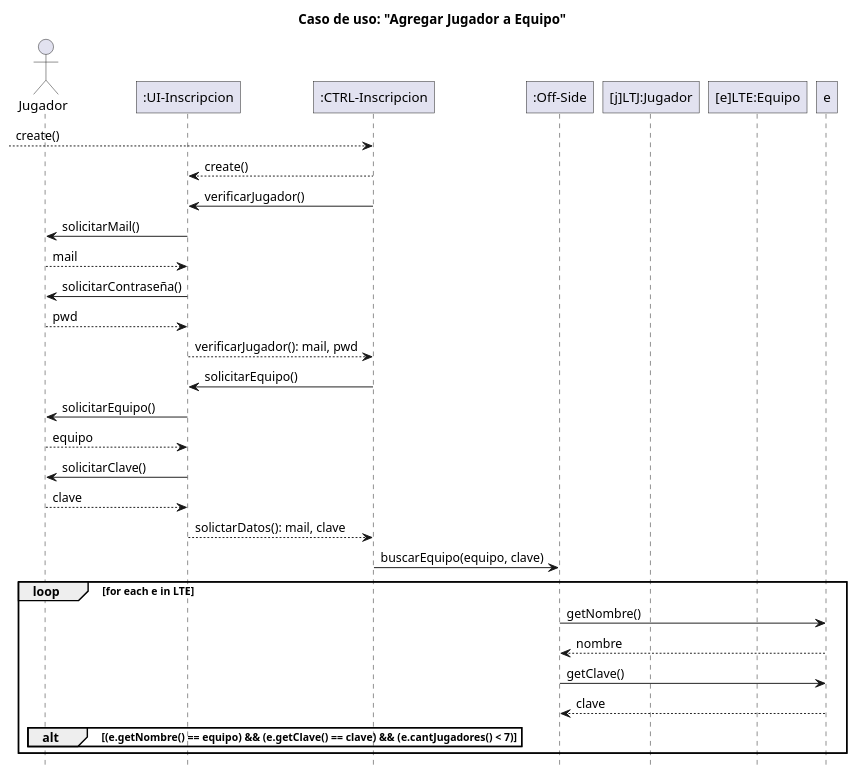
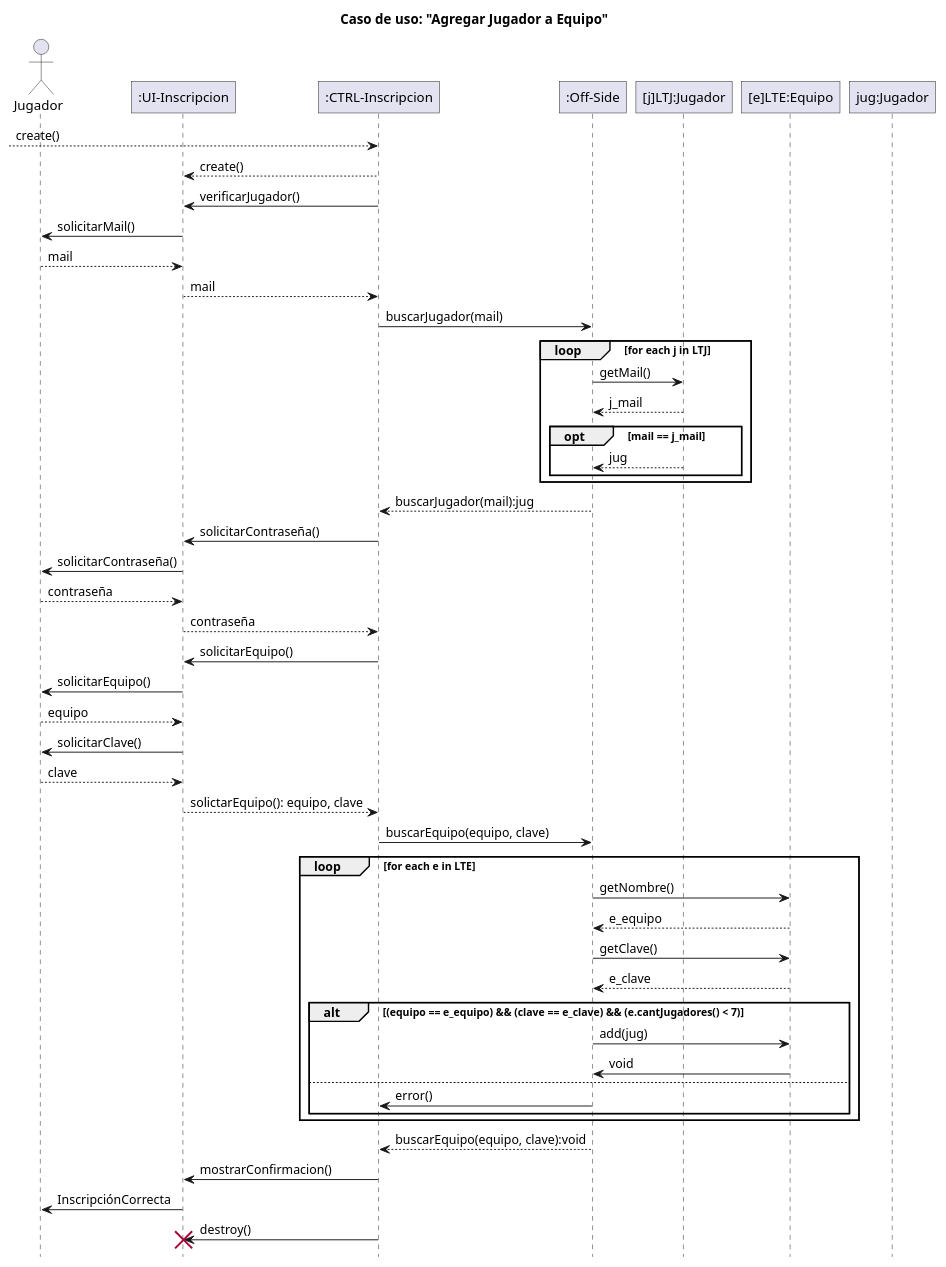
One commit to Z0SO/UML-Practice changed the second of 2 diagrams in Modelos parciales/modelo 2.md. Above: the diagram before and after it, drawn with PlantUML.

Commit message:
bkp -> 2024-07-03 15:43:19

````diff
--- a/Modelos parciales/modelo 2.md
+++ b/Modelos parciales/modelo 2.md
@@ -148,8 +148,10 @@
 
 participant "[j]LTJ:Jugador" as jugadorLTJ
 
-participant "[e]LTE:Equipo" as equipoLTE
+participant "[e]LTE:Equipo" as e
 
+
+participant "jug:Jugador" as jug
 
 ' participant ":CTRL-autenticacion" as auth
 
@@ -159,10 +161,28 @@
 controlador -> ui : verificarJugador()
 ui -> jugador : solicitarMail()
 jugador --> ui : mail
+
+
+ui --> controlador :  mail
+
+controlador -> sistema : buscarJugador(mail)
+
+loop for each j in LTJ
+    sistema -> jugadorLTJ : getMail()
+    jugadorLTJ --> sistema : j_mail
+
+    opt mail == j_mail
+        jugadorLTJ --> sistema : jug
+    end
+end
+
+sistema --> controlador : buscarJugador(mail):jug
+
+
+controlador -> ui : solicitarContraseña()
 ui -> jugador : solicitarContraseña()
-jugador --> ui : pwd
-
-ui --> controlador : verificarJugador(): mail, pwd
+jugador --> ui : contraseña
+ui --> controlador : contraseña
 
 ' indicar el nombre del equipo y la clave de inscripción proporcionada por el responsable del equipo
 
@@ -174,28 +194,37 @@
 ui -> jugador : solicitarClave()
 jugador --> ui : clave
 
-ui --> controlador : solictarDatos(): mail, clave
+ui --> controlador : solictarEquipo(): equipo, clave
 
 
 ' hacer la busqueda de el equipo que 
-
 controlador -> sistema : buscarEquipo(equipo, clave)
-
-' armar un for each para iterar sobre los equipos y buscar el equipo que coincida con el nombre y la clave
-
 
 loop for each e in LTE
    sistema -> e : getNombre()
-    e --> sistema : nombre
+    e --> sistema : e_equipo
     sistema -> e : getClave()
-    e --> sistema : clave
+    e --> sistema : e_clave
 
     ' si coniciden los nombres se tendria que agregar al equipo el jugador
-    alt (e.getNombre() == equipo) && (e.getClave() == clave) && (e.cantJugadores() < 7)
-        
+    alt (equipo == e_equipo) && (clave == e_clave) && (e.cantJugadores() < 7)
+        sistema -> e : add(jug)
+        e -> sistema : void
+    else
+        sistema -> controlador : error()
     end
 
 end
+sistema --> controlador : buscarEquipo(equipo, clave):void
+
+controlador -> ui : mostrarConfirmacion()
+ui -> jugador : InscripciónCorrecta
+
+' destroy desde controlador a la ui
+controlador -> ui : destroy()
+destroy ui
+
+
 
 @enduml
 ```
````
